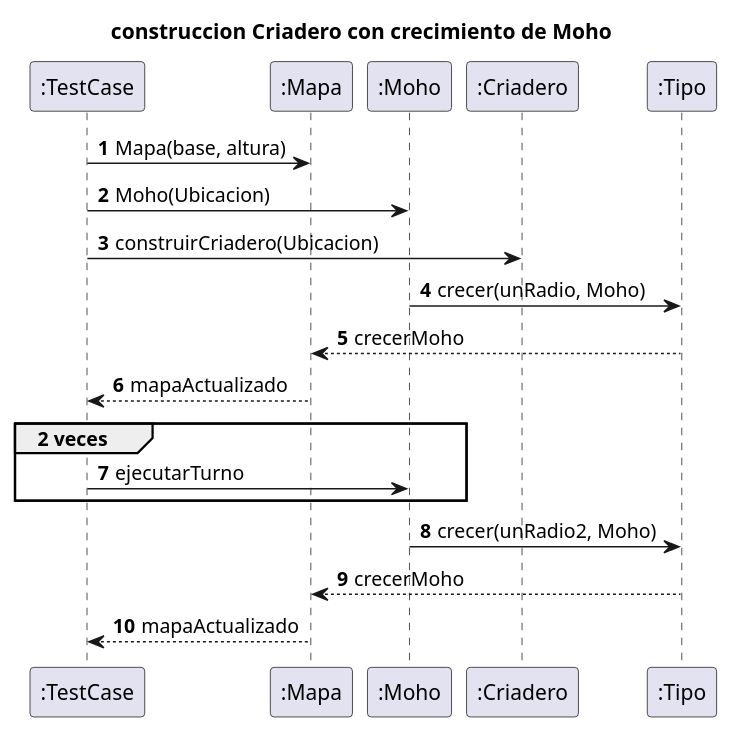
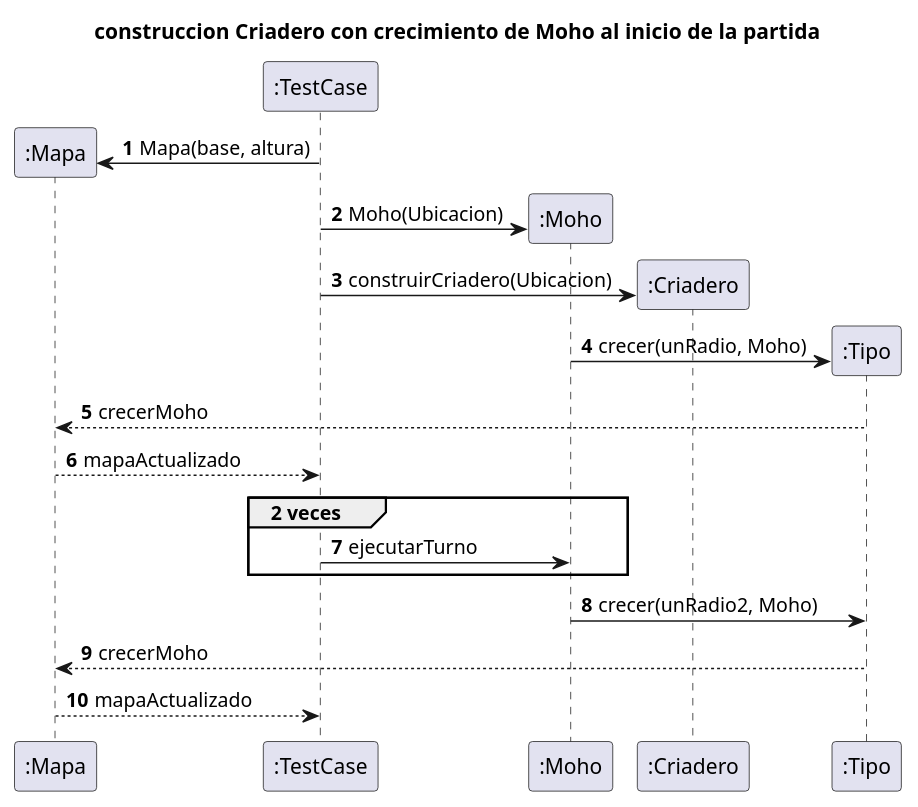
One commit to nicolasgirardi/algo3_TP2_AlgoStar changed the diagram in diagrams/sequences/CasoDeUso6.puml. Above: the diagram before and after it, drawn with PlantUML. The commit also changed 2 other files, not shown here.

Commit message:
corrijo diagramas

```diff
--- a/diagrams/sequences/CasoDeUso6.puml
+++ b/diagrams/sequences/CasoDeUso6.puml
@@ -1,26 +1,28 @@
 @startuml
 'https://plantuml.com/sequence-diagram
-title construccion Criadero con crecimiento de Moho
+title construccion Criadero con crecimiento de Moho al inicio de la partida
 autonumber
+create ":Mapa"
 ":TestCase" -> ":Mapa": Mapa(base, altura)
+create ":Moho"
 ":TestCase" -> ":Moho": Moho(Ubicacion)
+create ":Criadero"
 ":TestCase" -> ":Criadero": construirCriadero(Ubicacion)
 
-
-
+create ":Tipo"
 ":Moho" -> ":Tipo": crecer(unRadio, Moho)
 
 ":Tipo" --> ":Mapa": crecerMoho
 
 ":Mapa" --> ":TestCase": mapaActualizado
 group 2 veces
       ":TestCase" -> ":Moho": ejecutarTurno
 end
 ":Moho" -> ":Tipo": crecer(unRadio2, Moho)
 ":Tipo" --> ":Mapa": crecerMoho
 ":Mapa" --> ":TestCase": mapaActualizado
 
 
 
 
 @enduml
```
